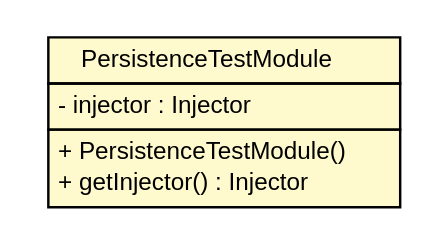
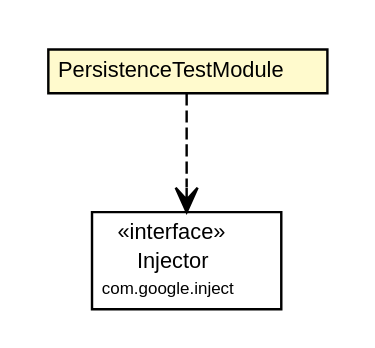
One commit to caarlos0-graveyard/meditec changed the diagram in testapidocs/br/net/meditec/client/PersistenceTestModule.dot. Above: the diagram before and after it, drawn with Graphviz. The commit also changed 517 other files, not shown here.

```diff
--- a/testapidocs/br/net/meditec/client/PersistenceTestModule.dot
+++ b/testapidocs/br/net/meditec/client/PersistenceTestModule.dot
@@ -1,25 +1,26 @@
 #!/usr/local/bin/dot
 #
 # Class diagram 
-# Generated by UMLGraph version 5.1 (http://www.umlgraph.org/)
+# Generated by UmlGraph version 4.6 (http://www.spinellis.gr/sw/umlgraph)
 #
 
 digraph G {
 	edge [fontname="Helvetica",fontsize=10,labelfontname="Helvetica",labelfontsize=10];
 	node [fontname="Helvetica",fontsize=10,shape=plaintext];
-	nodesep=0.25;
-	ranksep=0.5;
 	// br.net.meditec.client.PersistenceTestModule
-	c14 [label=<<table title="br.net.meditec.client.PersistenceTestModule" border="0" cellborder="1" cellspacing="0" cellpadding="2" port="p" bgcolor="lemonChiffon" href="./PersistenceTestModule.html">
+	c5 [label=<<table border="0" cellborder="1" cellspacing="0" cellpadding="2" port="p" bgcolor="lemonChiffon" href="./PersistenceTestModule.html">
 		<tr><td><table border="0" cellspacing="0" cellpadding="1">
-<tr><td align="center" balign="center"> PersistenceTestModule </td></tr>
+			<tr><td> PersistenceTestModule </td></tr>
 		</table></td></tr>
+		</table>>, fontname="Helvetica", fontcolor="black", fontsize=9.0];
+	// br.net.meditec.client.PersistenceTestModule DEPEND com.google.inject.Injector
+	c5:p -> c18:p [taillabel="", label="", headlabel="", fontname="Helvetica", fontcolor="black", fontsize=10.0, color="black", arrowhead=open, style=dashed];
+	// com.google.inject.Injector
+	c18 [label=<<table border="0" cellborder="1" cellspacing="0" cellpadding="2" port="p" href="http://java.sun.com/j2se/1.4.2/docs/api/com/google/inject/Injector.html">
 		<tr><td><table border="0" cellspacing="0" cellpadding="1">
-<tr><td align="left" balign="left"> - injector : Injector </td></tr>
+			<tr><td> &laquo;interface&raquo; </td></tr>
+			<tr><td> Injector </td></tr>
+			<tr><td><font point-size="7.0"> com.google.inject </font></td></tr>
 		</table></td></tr>
-		<tr><td><table border="0" cellspacing="0" cellpadding="1">
-<tr><td align="left" balign="left"> + PersistenceTestModule() </td></tr>
-<tr><td align="left" balign="left"> + getInjector() : Injector </td></tr>
-		</table></td></tr>
-		</table>>, fontname="Helvetica", fontcolor="black", fontsize=10.0];
+		</table>>, fontname="Helvetica", fontcolor="black", fontsize=9.0];
 }
```
